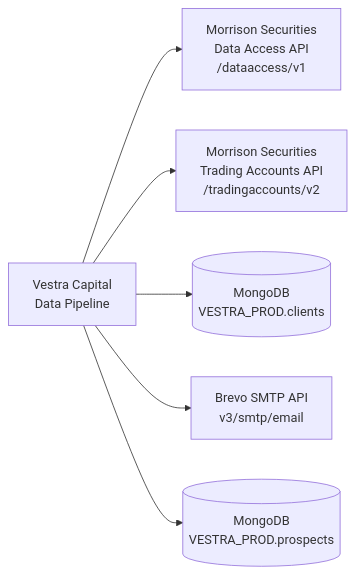
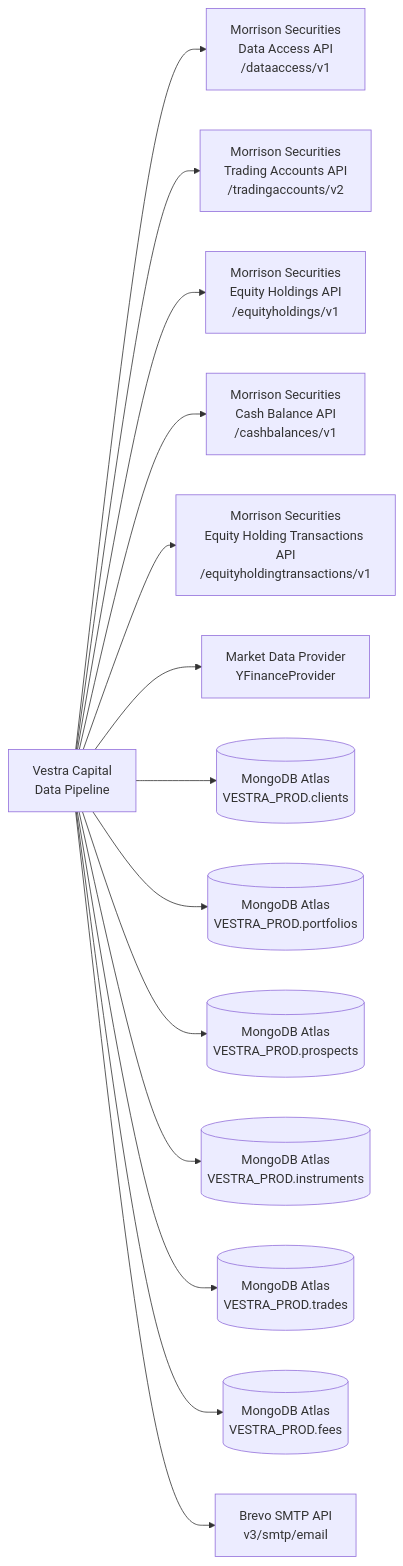
One commit to Vestra-Capital/VES-data-collection-processing changed the first of 18 diagrams in README.md. Above: the diagram before and after it, drawn with Mermaid. The commit also changed other lines of this file, not shown here.

````diff
--- a/README.md
+++ b/README.md
@@ -53,8 +54,16 @@
 ```mermaid
 graph LR
     A[Vestra Capital<br/>Data Pipeline] --> B[Morrison Securities<br/>Data Access API<br/>/dataaccess/v1]
     A --> C[Morrison Securities<br/>Trading Accounts API<br/>/tradingaccounts/v2]
-    A --> D[(MongoDB<br/>VESTRA_PROD.clients)]
-    A --> E[Brevo SMTP API<br/>v3/smtp/email]
-    A --> F[(MongoDB<br/>VESTRA_PROD.prospects)]
+    A --> D[Morrison Securities<br/>Equity Holdings API<br/>/equityholdings/v1]
+    A --> E[Morrison Securities<br/>Cash Balance API<br/>/cashbalances/v1]
+    A --> F[Morrison Securities<br/>Equity Holding Transactions API<br/>/equityholdingtransactions/v1]
+    A --> G[Market Data Provider<br/>YFinanceProvider]
+    A --> H[(MongoDB Atlas<br/>VESTRA_PROD.clients)]
+    A --> I[(MongoDB Atlas<br/>VESTRA_PROD.portfolios)]
+    A --> J[(MongoDB Atlas<br/>VESTRA_PROD.prospects)]
+    A --> K[(MongoDB Atlas<br/>VESTRA_PROD.instruments)]
+    A --> L[(MongoDB Atlas<br/>VESTRA_PROD.trades)]
+    A --> M[(MongoDB Atlas<br/>VESTRA_PROD.fees)]
+    A --> N[Brevo SMTP API<br/>v3/smtp/email]
 ```
````
